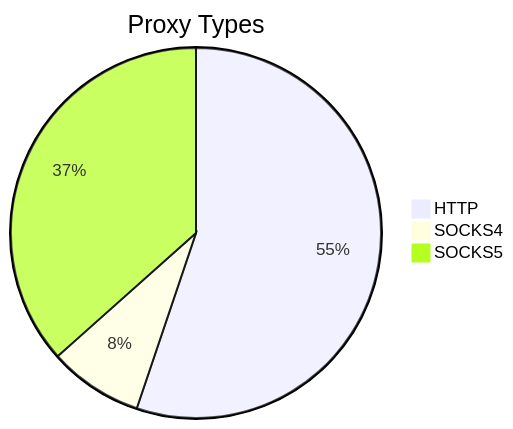
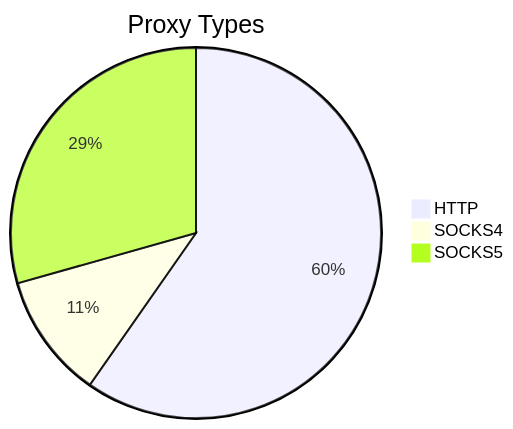
Before and after one commit to stormsia/proxy-list: the first of 2 diagrams in README.md, drawn with Mermaid. The commit also changed other lines of this file, not shown here.

````diff
--- a/README.md
+++ b/README.md
@@ -21,6 +21,6 @@
 ```mermaid
 pie title Proxy Types
-    "HTTP" : 181
-    "SOCKS4" : 27
-    "SOCKS5" : 120
+    "HTTP" : 246
+    "SOCKS4" : 45
+    "SOCKS5" : 121
 ```
````
